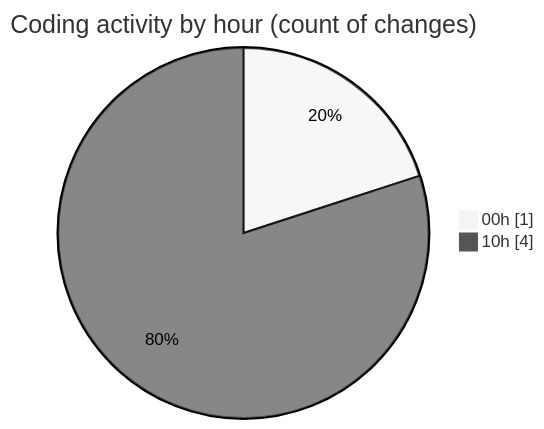
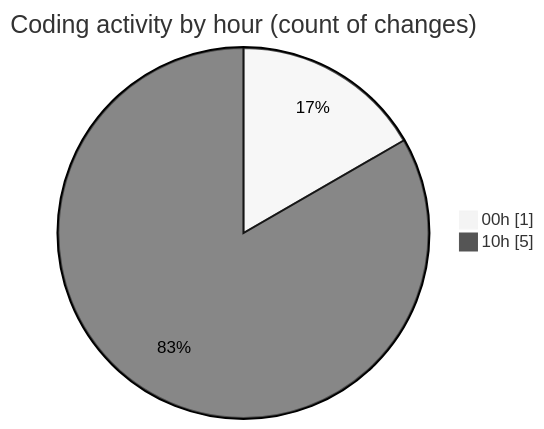
Before and after one commit to JenPaints/code-tracking: the second of 2 diagrams in 2025-07-25/cohera/README.md, drawn with Mermaid (neutral theme). The commit also changed other lines of this file and 1 other file, not shown here.

````diff
--- a/2025-07-25/cohera/README.md
+++ b/2025-07-25/cohera/README.md
@@ -32,6 +32,6 @@
 ```mermaid
 pie showData
 title Coding activity by hour (count of changes)
 "00h" : 1
-"10h" : 4
+"10h" : 5
 ```
````
